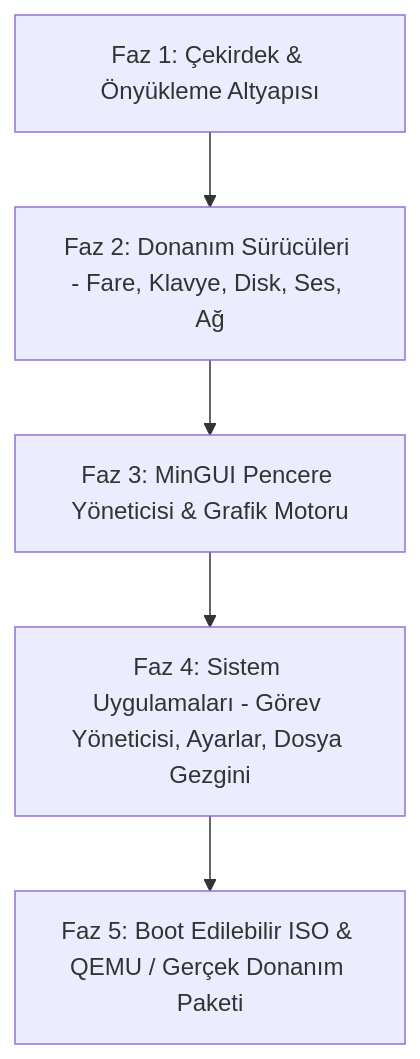
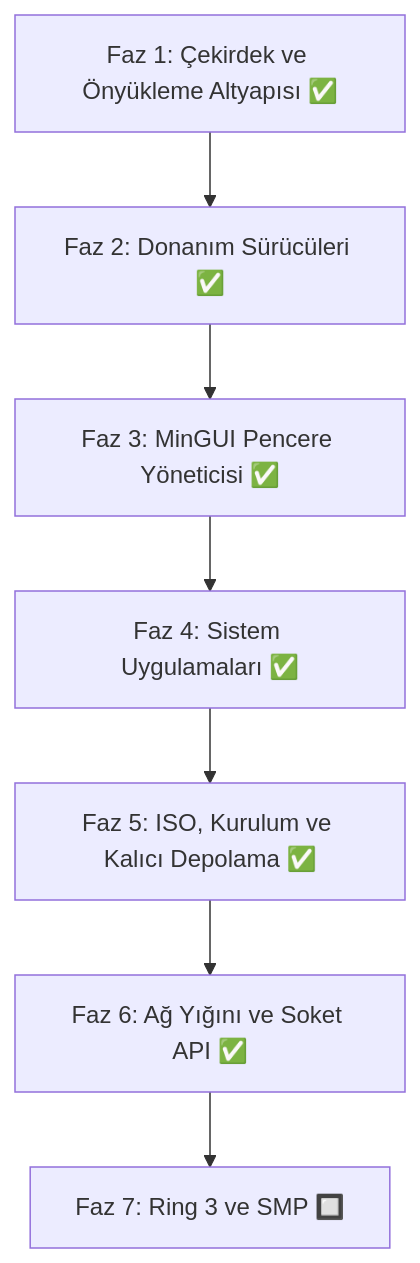
The diagram in planlama.md (tbagriyanik/minOs), drawn with Mermaid before and after one commit. The commit also changed other lines of this file and 1 other file, not shown here.

````diff
--- a/planlama.md
+++ b/planlama.md
@@ -58,7 +66,9 @@
 ```mermaid
 flowchart TD
-    A[Faz 1: Çekirdek & Önyükleme Altyapısı] --> B[Faz 2: Donanım Sürücüleri - Fare, Klavye, Disk, Ses, Ağ]
-    B --> C[Faz 3: MinGUI Pencere Yöneticisi & Grafik Motoru]
-    C --> D[Faz 4: Sistem Uygulamaları - Görev Yöneticisi, Ayarlar, Dosya Gezgini]
-    D --> E[Faz 5: Boot Edilebilir ISO & QEMU / Gerçek Donanım Paketi]
+    A[Faz 1: Çekirdek ve Önyükleme Altyapısı ✅] --> B[Faz 2: Donanım Sürücüleri ✅]
+    B --> C[Faz 3: MinGUI Pencere Yöneticisi ✅]
+    C --> D[Faz 4: Sistem Uygulamaları ✅]
+    D --> E[Faz 5: ISO, Kurulum ve Kalıcı Depolama ✅]
+    E --> F[Faz 6: Ağ Yığını ve Soket API ✅]
+    F --> G[Faz 7: Ring 3 ve SMP 🔲]
 ```
````
